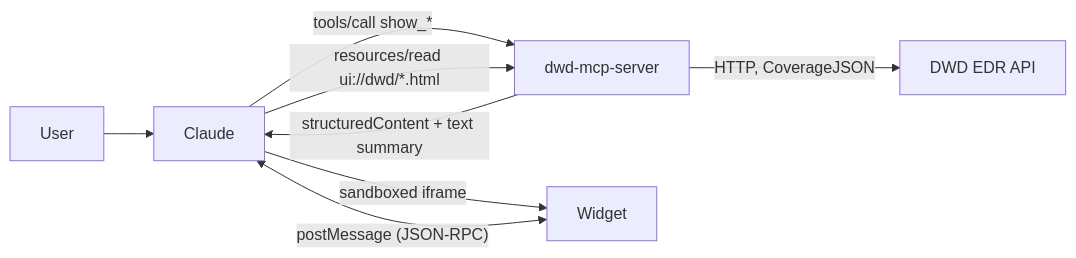
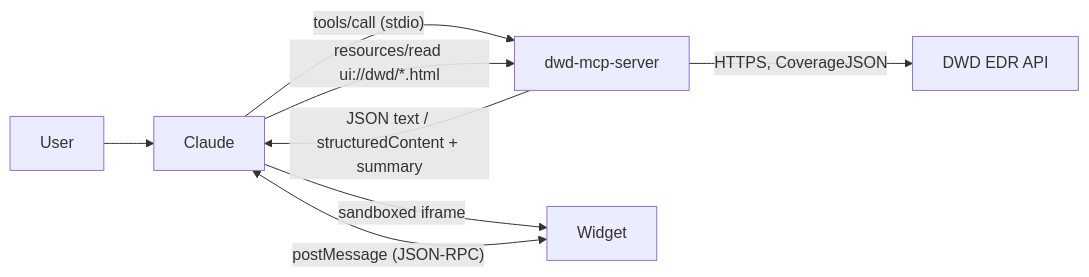
Before and after one commit to mario-s/dwd_rmcp: the diagram in README.md, drawn with Mermaid. The commit also changed other lines of this file and 1 other file, not shown here.

First line of the commit message:
Rewrite README to cover the whole MCP server

````diff
--- a/README.md
+++ b/README.md
@@ -234,10 +252,10 @@
 ```mermaid
 flowchart LR
   U[User] --> C[Claude]
-  C -- "tools/call show_*" --> S[dwd-mcp-server]
-  S -- "HTTP, CoverageJSON" --> D[DWD EDR API]
-  S -- "structuredContent + text summary" --> C
+  C -- "tools/call (stdio)" --> S[dwd-mcp-server]
+  S -- "HTTPS, CoverageJSON" --> D[DWD EDR API]
+  S -- "JSON text / structuredContent + summary" --> C
   C -- "resources/read ui://dwd/*.html" --> S
   C -- "sandboxed iframe" --> W[Widget]
   W <-- "postMessage (JSON-RPC)" --> C
 ```
````
